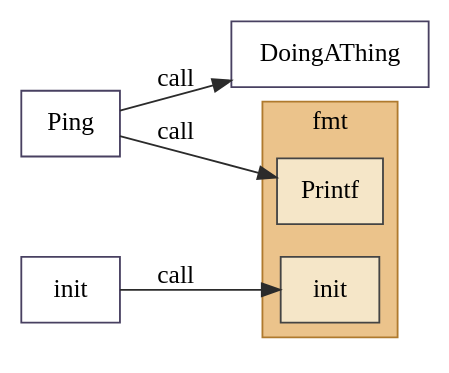
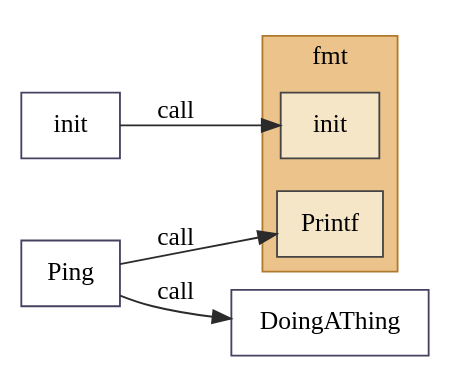
The diagram in output/dotfiles/example.com_depusagetest_something.dot (KeithFarrugia/go-callstat), drawn with Graphviz before and after one commit. The commit also changed 7 other files, not shown here.

```diff
--- a/output/dotfiles/example.com_depusagetest_something.dot
+++ b/output/dotfiles/example.com_depusagetest_something.dot
@@ -1,19 +1,19 @@
 digraph "" {
   rankdir=LR;
   subgraph "cluster_fmt" {
     label="fmt";
     color="#af7a2e";
     fillcolor="#ebc38b";
     labelfontname="Cascadia-Mono";
     style="filled";
     tooltip="fmt";
-    "ext_4928" [color="#444444", fillcolor="#f5e6c8", label="Printf", shape="box", style="filled", tooltip="fmt.Printf"];
-    "ext_903" [color="#444444", fillcolor="#f5e6c8", label="init", shape="box", style="filled", tooltip="fmt.init"];
+    "ext_5128" [color="#444444", fillcolor="#f5e6c8", label="Printf", shape="box", style="filled", tooltip="fmt.Printf"];
+    "ext_4219" [color="#444444", fillcolor="#f5e6c8", label="init", shape="box", style="filled", tooltip="fmt.init"];
   }
-  "n4926" [color="#484061", label="Ping", shape="box", style="solid", tooltip="(*example.com/depusagetest/something.Bob).Ping"];
-  "n4927" [color="#484061", label="DoingAThing", shape="box", style="solid", tooltip="(*example.com/depusagetest/something.Bob).DoingAThing"];
-  "n902" [color="#484061", label="init", shape="box", style="solid", tooltip="example.com/depusagetest/something.init"];
-  "n4926" -> "n4927" [arrowhead="normal", color="#2b2b2b", label="call", style="solid", tooltip="(*Bob).DoingAThing(b)"];
-  "n4926" -> "ext_4928" [arrowhead="normal", color="#2b2b2b", label="call", style="solid", tooltip="fmt.Printf(\"Hello\":string, nil:[]any...)"];
-  "n902" -> "ext_903" [arrowhead="normal", color="#2b2b2b", label="call", style="solid", tooltip="fmt.init()"];
+  "n4218" [color="#484061", label="init", shape="box", style="solid", tooltip="example.com/depusagetest/something.init"];
+  "n5126" [color="#484061", label="Ping", shape="box", style="solid", tooltip="(*example.com/depusagetest/something.Bob).Ping"];
+  "n5127" [color="#484061", label="DoingAThing", shape="box", style="solid", tooltip="(*example.com/depusagetest/something.Bob).DoingAThing"];
+  "n5126" -> "n5127" [arrowhead="normal", color="#2b2b2b", label="call", style="solid", tooltip="(*Bob).DoingAThing(b)"];
+  "n5126" -> "ext_5128" [arrowhead="normal", color="#2b2b2b", label="call", style="solid", tooltip="fmt.Printf(\"Hello\":string, nil:[]any...)"];
+  "n4218" -> "ext_4219" [arrowhead="normal", color="#2b2b2b", label="call", style="solid", tooltip="fmt.init()"];
 }
```
